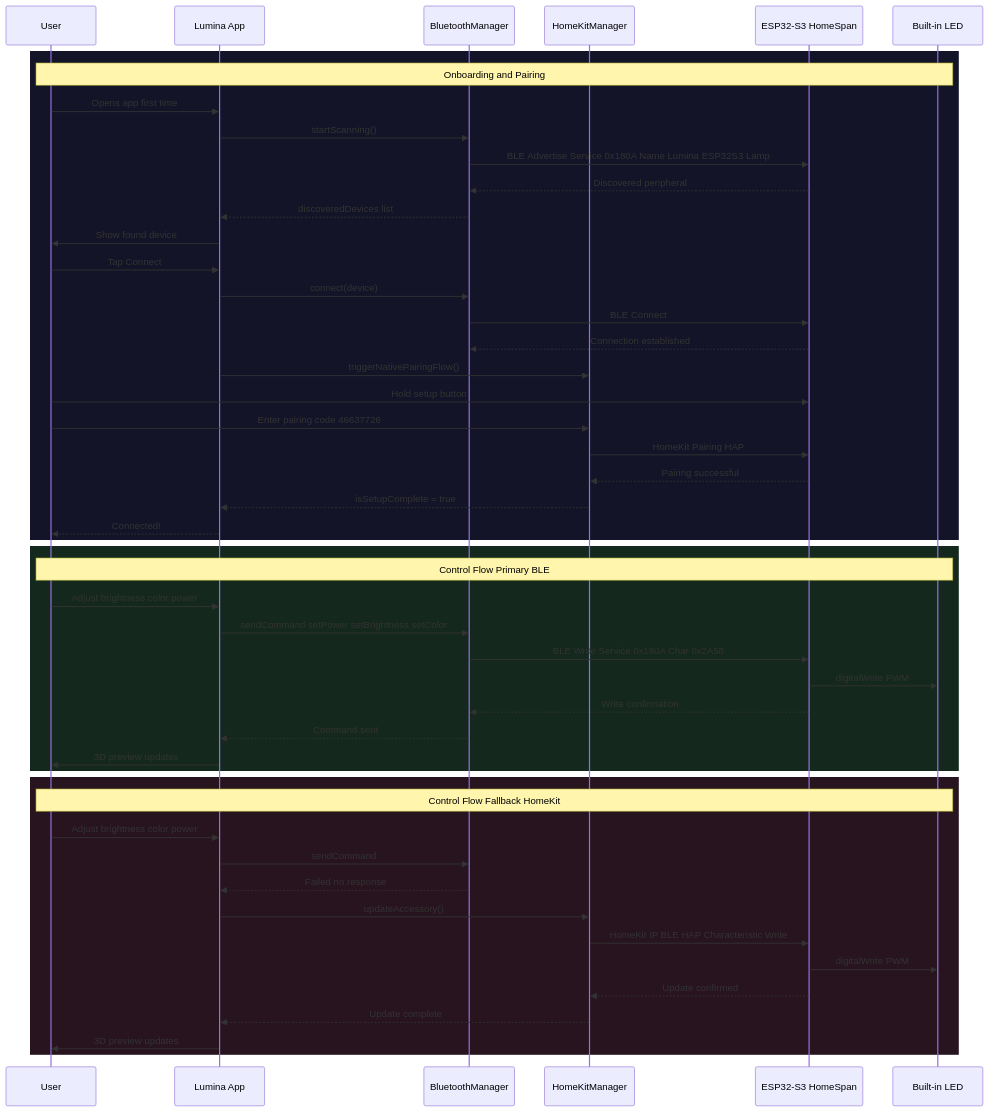
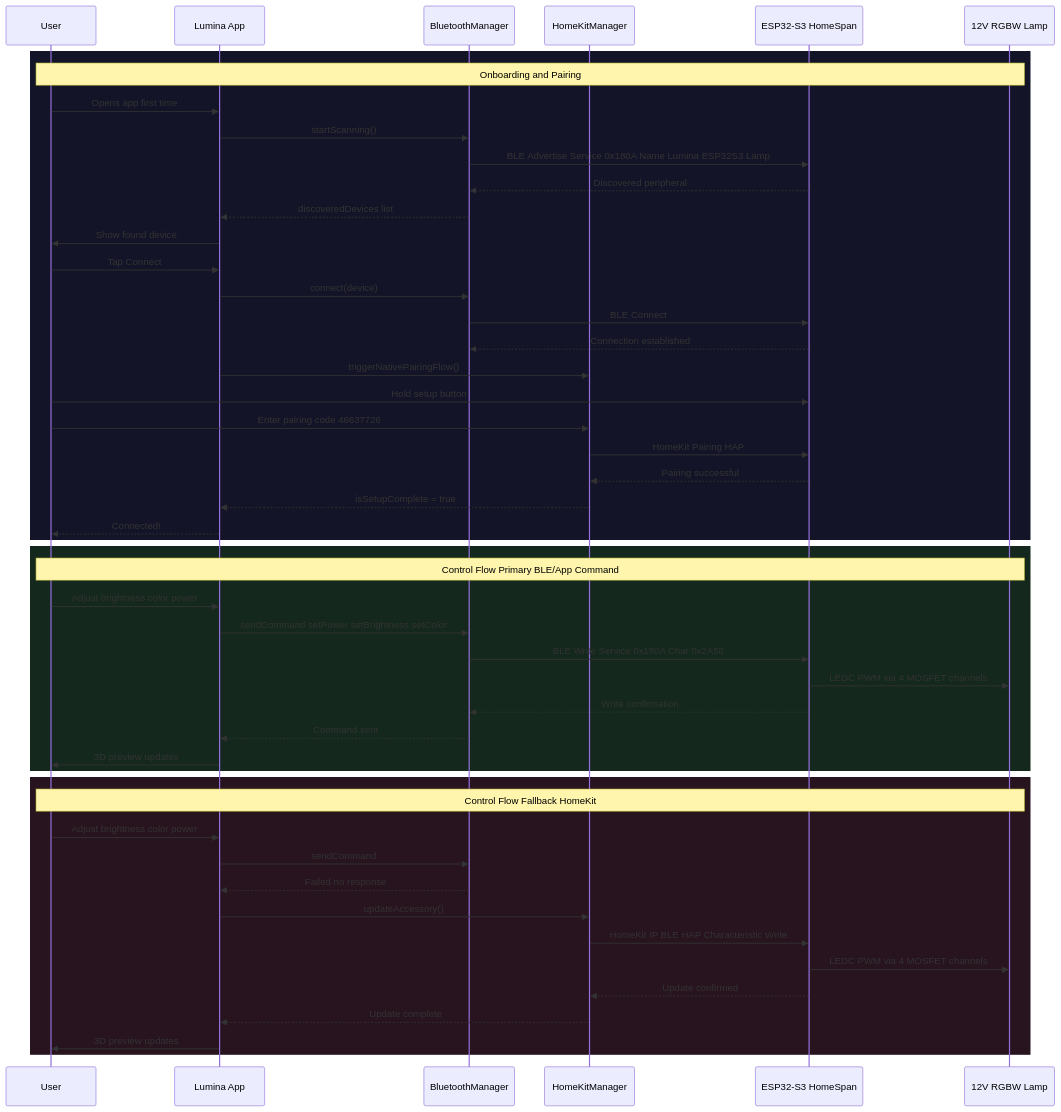
One commit to IoTSolutionSmartCity/Lumina changed the third of 5 diagrams in README.md. Above: the diagram before and after it, drawn with Mermaid. The commit also changed other lines of this file and 2 other files, not shown here.

````diff
--- a/README.md
+++ b/README.md
@@ -186,54 +190,54 @@
 ```mermaid
 sequenceDiagram
     participant User
     participant App as Lumina App
     participant BLE as BluetoothManager
     participant HK as HomeKitManager
     participant ESP as ESP32-S3 HomeSpan
-    participant LED as Built-in LED
+    participant LED as 12V RGBW Lamp
 
     rect rgb(20, 20, 40)
         Note over User, LED: Onboarding and Pairing
         User->>App: Opens app first time
         App->>BLE: startScanning()
         BLE->>ESP: BLE Advertise Service 0x180A Name Lumina ESP32S3 Lamp
         ESP-->>BLE: Discovered peripheral
         BLE-->>App: discoveredDevices list
         App->>User: Show found device
         User->>App: Tap Connect
         App->>BLE: connect(device)
         BLE->>ESP: BLE Connect
         ESP-->>BLE: Connection established
         App->>HK: triggerNativePairingFlow()
         User->>ESP: Hold setup button
         User->>HK: Enter pairing code 46637726
         HK->>ESP: HomeKit Pairing HAP
         ESP-->>HK: Pairing successful
         HK-->>App: isSetupComplete = true
         App-->>User: Connected!
     end
 
     rect rgb(20, 40, 30)
-        Note over User, LED: Control Flow Primary BLE
+        Note over User, LED: Control Flow Primary BLE/App Command
         User->>App: Adjust brightness color power
         App->>BLE: sendCommand setPower setBrightness setColor
         BLE->>ESP: BLE Write Service 0x180A Char 0x2A58
-        ESP->>LED: digitalWrite PWM
+        ESP->>LED: LEDC PWM via 4 MOSFET channels
         ESP-->>BLE: Write confirmation
         BLE-->>App: Command sent
         App->>User: 3D preview updates
     end
 
     rect rgb(40, 20, 30)
         Note over User, LED: Control Flow Fallback HomeKit
         User->>App: Adjust brightness color power
         App->>BLE: sendCommand
         BLE-->>App: Failed no response
         App->>HK: updateAccessory()
         HK->>ESP: HomeKit IP BLE HAP Characteristic Write
-        ESP->>LED: digitalWrite PWM
+        ESP->>LED: LEDC PWM via 4 MOSFET channels
         ESP-->>HK: Update confirmed
         HK-->>App: Update complete
         App->>User: 3D preview updates
     end
 ```
````
